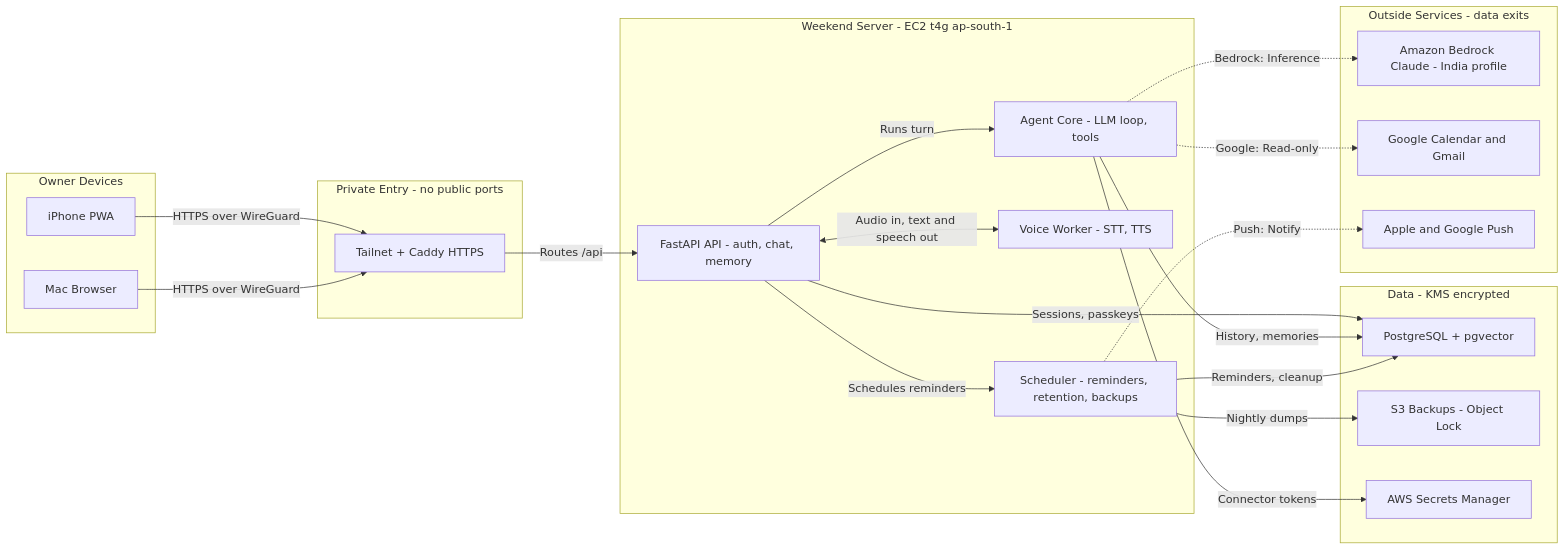
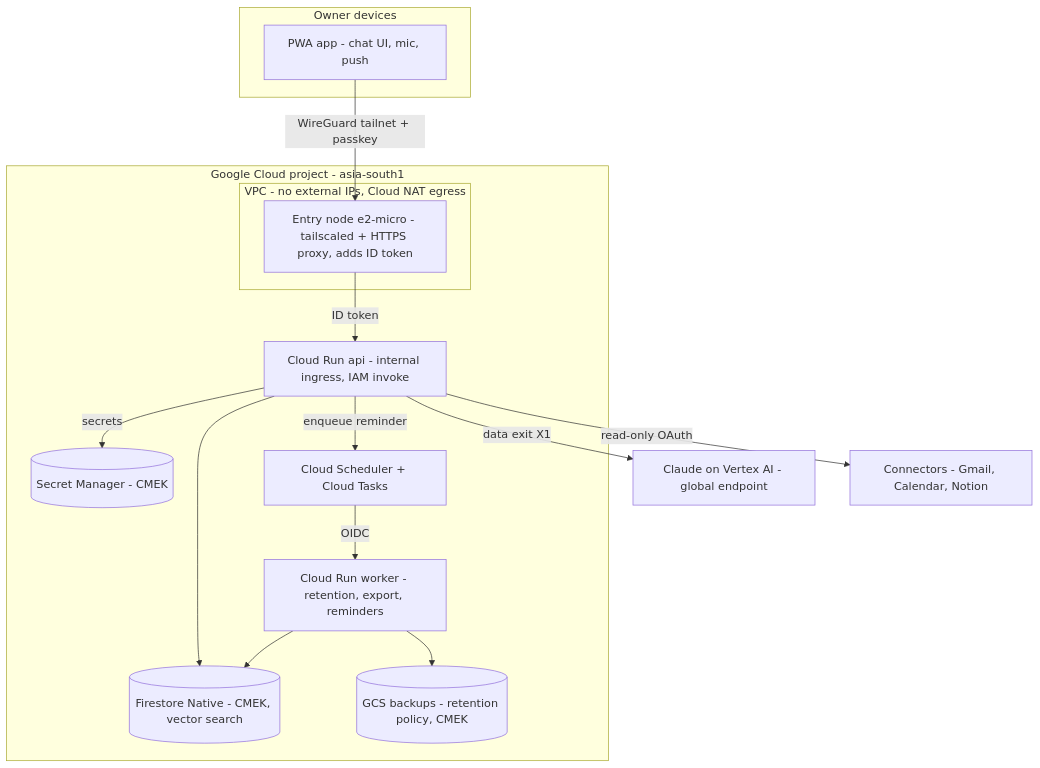
The diagram in docs/diagrams/01-system-architecture.mmd (SharoffNIKHIL/Weekend2.0), drawn with Mermaid before and after one commit. The commit also changed 91 other files, not shown here.

First line of the commit message:
feat(gcp)!: move Weekend 2.0 from AWS to Google Cloud (D4 decided)

```diff
--- a/docs/diagrams/01-system-architecture.mmd
+++ b/docs/diagrams/01-system-architecture.mmd
@@ -1,39 +1,28 @@
-%% Weekend 2.0 - System Architecture (provisional). FigJam: https://www.figma.com/board/pMvZioGximavxDcsD14Ee9
-flowchart LR
-  subgraph client ["Owner Devices"]
-    phonePwa["iPhone PWA"]
-    macBrowser["Mac Browser"]
+%% Weekend 2.0 - System architecture on Google Cloud (DESIGN.md section 5.2, v0.2.0, 2026-10-03)
+flowchart TB
+  subgraph Devices["Owner devices"]
+    pwa["PWA app - chat UI, mic, push"]
   end
-  subgraph gateway ["Private Entry - no public ports"]
-    privateEntry["Tailnet + Caddy HTTPS"]
+  subgraph GCP["Google Cloud project - asia-south1"]
+    subgraph VPC["VPC - no external IPs, Cloud NAT egress"]
+      node["Entry node e2-micro - tailscaled + HTTPS proxy, adds ID token"]
+    end
+    api["Cloud Run api - internal ingress, IAM invoke"]
+    worker["Cloud Run worker - retention, export, reminders"]
+    fs[("Firestore Native - CMEK, vector search")]
+    sm[("Secret Manager - CMEK")]
+    gcs[("GCS backups - retention policy, CMEK")]
+    sched["Cloud Scheduler + Cloud Tasks"]
   end
-  subgraph service ["Weekend Server - EC2 t4g ap-south-1"]
-    apiServer["FastAPI API - auth, chat, memory"]
-    agentCore["Agent Core - LLM loop, tools"]
-    voiceWorker["Voice Worker - STT, TTS"]
-    scheduler["Scheduler - reminders, retention, backups"]
-  end
-  subgraph datastore ["Data - KMS encrypted"]
-    postgres["PostgreSQL + pgvector"]
-    s3Backups["S3 Backups - Object Lock"]
-    secrets["AWS Secrets Manager"]
-  end
-  subgraph external ["Outside Services - data exits"]
-    bedrock["Amazon Bedrock Claude - India profile"]
-    google["Google Calendar and Gmail"]
-    push["Apple and Google Push"]
-  end
-  phonePwa -->|"HTTPS over WireGuard"| privateEntry
-  macBrowser -->|"HTTPS over WireGuard"| privateEntry
-  privateEntry -->|"Routes /api"| apiServer
-  apiServer -->|"Runs turn"| agentCore
-  apiServer <-->|"Audio in, text and speech out"| voiceWorker
-  apiServer -->|"Schedules reminders"| scheduler
-  apiServer -->|"Sessions, passkeys"| postgres
-  agentCore -->|"History, memories"| postgres
-  agentCore -->|"Connector tokens"| secrets
-  agentCore -.->|"Bedrock: Inference"| bedrock
-  agentCore -.->|"Google: Read-only"| google
-  scheduler -->|"Reminders, cleanup"| postgres
-  scheduler -->|"Nightly dumps"| s3Backups
-  scheduler -.->|"Push: Notify"| push
+  llm["Claude on Vertex AI - global endpoint"]
+  conn["Connectors - Gmail, Calendar, Notion"]
+  pwa -->|"WireGuard tailnet + passkey"| node
+  node -->|"ID token"| api
+  api --> fs
+  api -->|"secrets"| sm
+  api -->|"enqueue reminder"| sched
+  sched -->|"OIDC"| worker
+  worker --> fs
+  worker --> gcs
+  api -->|"data exit X1"| llm
+  api -->|"read-only OAuth"| conn
```
